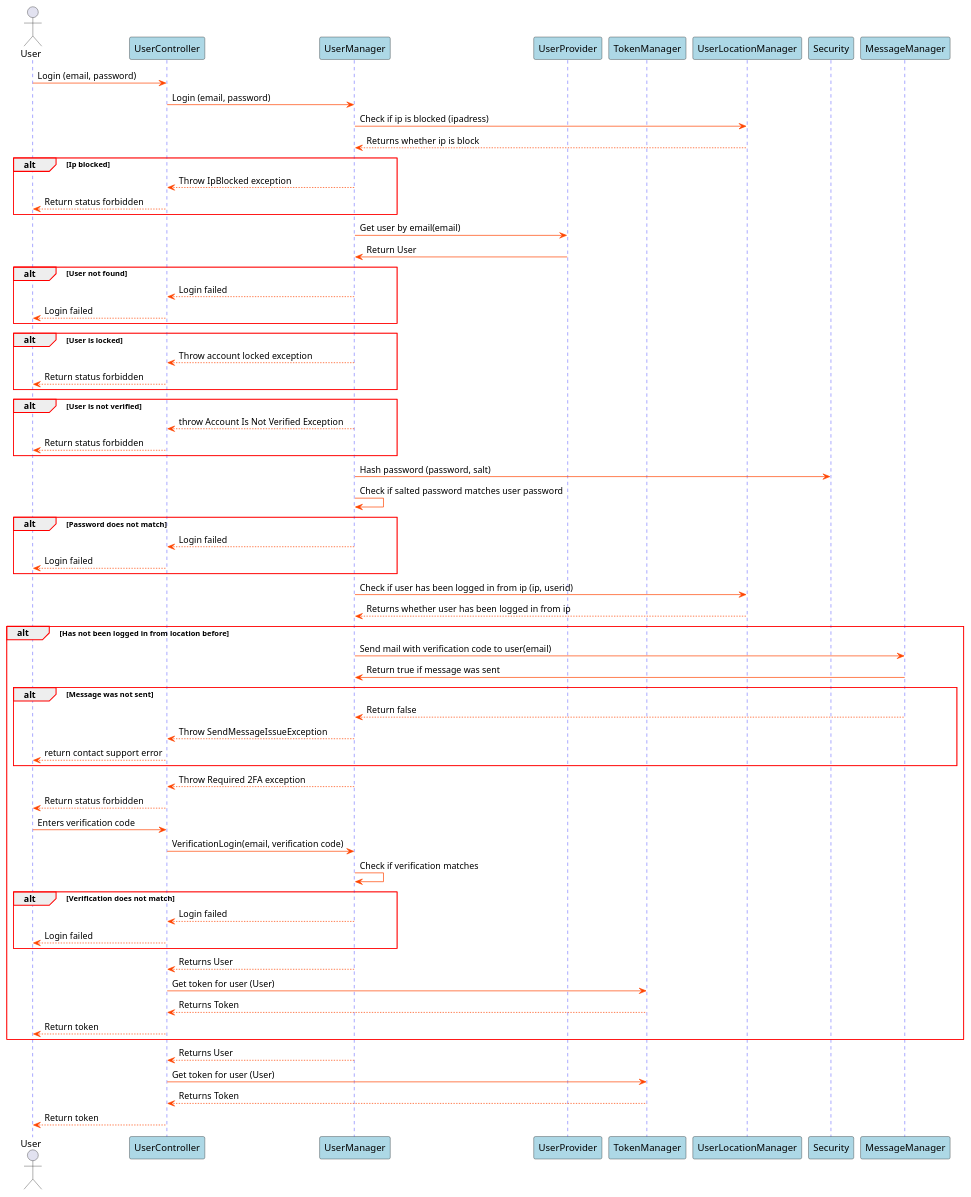
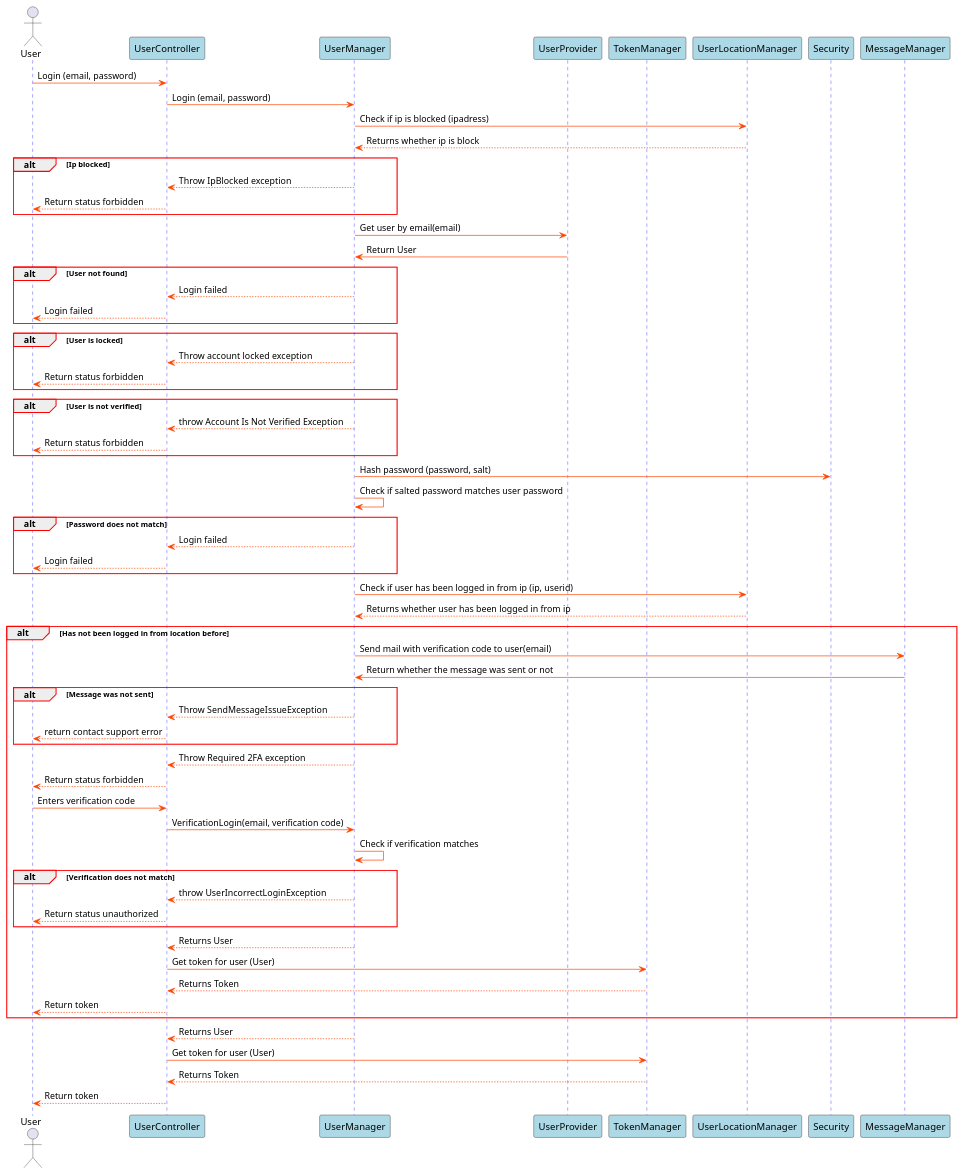
One commit to blackout1471/trust-us-school changed the diagram in Docs/SDDiagrams/LoginSD.plantuml. Above: the diagram before and after it, drawn with PlantUML. The commit also changed 3 other files, not shown here.

Commit message:
updated SD for create user and login

```diff
--- a/Docs/SDDiagrams/LoginSD.plantuml
+++ b/Docs/SDDiagrams/LoginSD.plantuml
@@ -1,103 +1,103 @@
 @startuml Login SD
 
 skinparam sequence {
     GroupBorderColor red
     GroupBorderThickness 1
 
     ArrowColor orangered
 
     LifeLineBorderColor blue
 
     ParticipantBackgroundColor lightblue
 }
 
 actor User
 participant UserController
 participant UserManager
 participant UserProvider
 participant TokenManager
 participant UserLocationManager
 participant Security
 
 User->UserController: Login (email, password)
 UserController->UserManager: Login (email, password)
 UserManager->UserLocationManager: Check if ip is blocked (ipadress)
 UserLocationManager-->UserManager: Returns whether ip is block
 
 alt Ip blocked
 UserManager-->UserController: Throw IpBlocked exception
 UserController-->User: Return status forbidden
 end
 
 UserManager->UserProvider: Get user by email(email)
 UserProvider->UserManager: Return User
 
 
 alt User not found
 
 UserManager-->UserController: Login failed
 UserController-->User: Login failed
 
 end
 
 alt User is locked
 
 UserManager-->UserController: Throw account locked exception
 UserController-->User: Return status forbidden
 
 end
 
 alt User is not verified
 
 UserManager-->UserController: throw Account Is Not Verified Exception
 UserController-->User: Return status forbidden
 
 end
 
 UserManager->Security: Hash password (password, salt)
 UserManager->UserManager: Check if salted password matches user password
 
 alt Password does not match
 
 UserManager-->UserController: Login failed
 UserController-->User: Login failed
 
 end
 
 
 UserManager->UserLocationManager: Check if user has been logged in from ip (ip, userid)
 UserLocationManager-->UserManager: Returns whether user has been logged in from ip
 
 alt Has not been logged in from location before
 
 UserManager->MessageManager: Send mail with verification code to user(email)
-MessageManager->UserManager: Return true if message was sent
+MessageManager->UserManager: Return whether the message was sent or not
 alt Message was not sent
-MessageManager-->UserManager: Return false
+
 UserManager --> UserController: Throw SendMessageIssueException
 UserController --> User: return contact support error
 end
 UserManager-->UserController: Throw Required 2FA exception
 UserController-->User: Return status forbidden
 User->UserController: Enters verification code
 UserController->UserManager: VerificationLogin(email, verification code)
 UserManager->UserManager: Check if verification matches
 alt Verification does not match
 
-UserManager-->UserController: Login failed
-UserController-->User: Login failed
+UserManager-->UserController: throw UserIncorrectLoginException
+UserController-->User: Return status unauthorized
 
 end
 UserManager-->UserController: Returns User
 UserController->TokenManager: Get token for user (User)
 TokenManager-->UserController: Returns Token
 UserController-->User: Return token
 end
 
 UserManager-->UserController: Returns User
 UserController->TokenManager: Get token for user (User)
 TokenManager-->UserController: Returns Token
 
 UserController-->User: Return token
 
 @enduml
```
